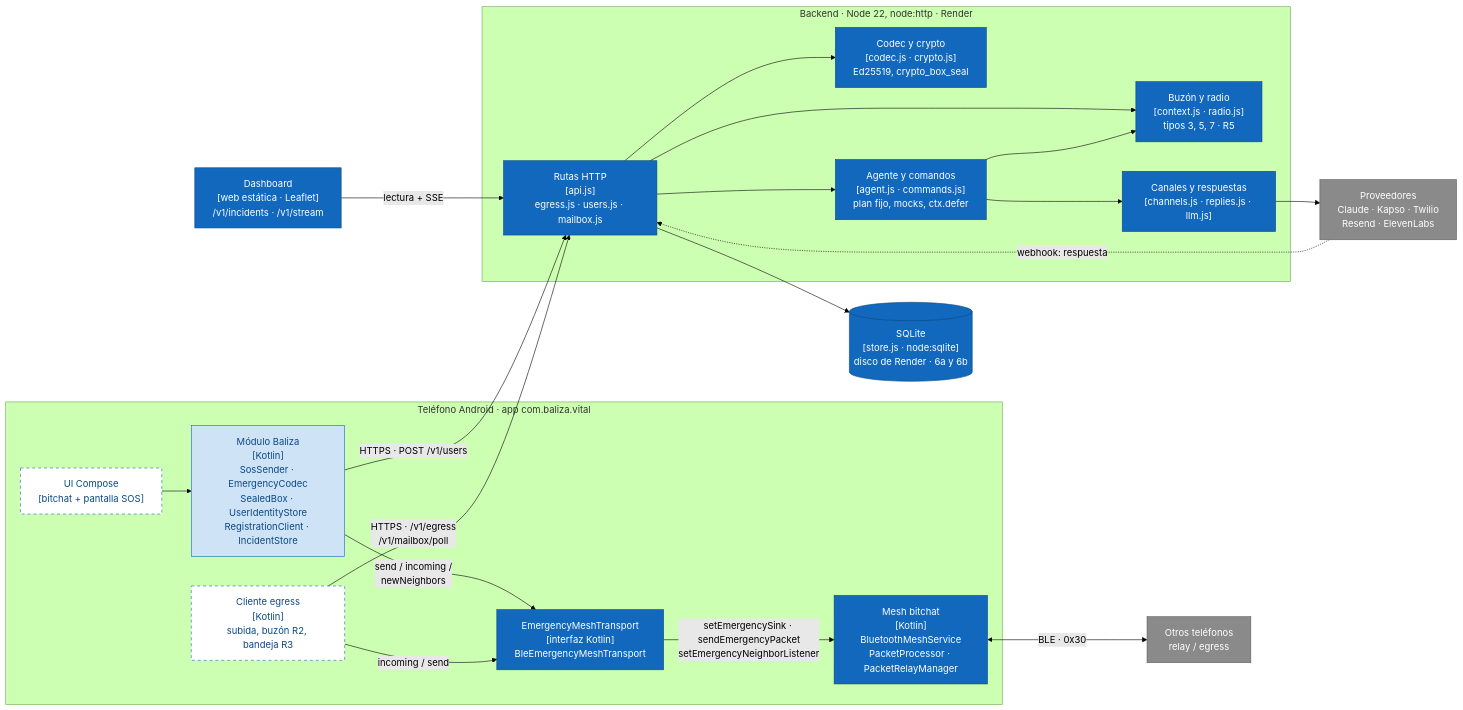
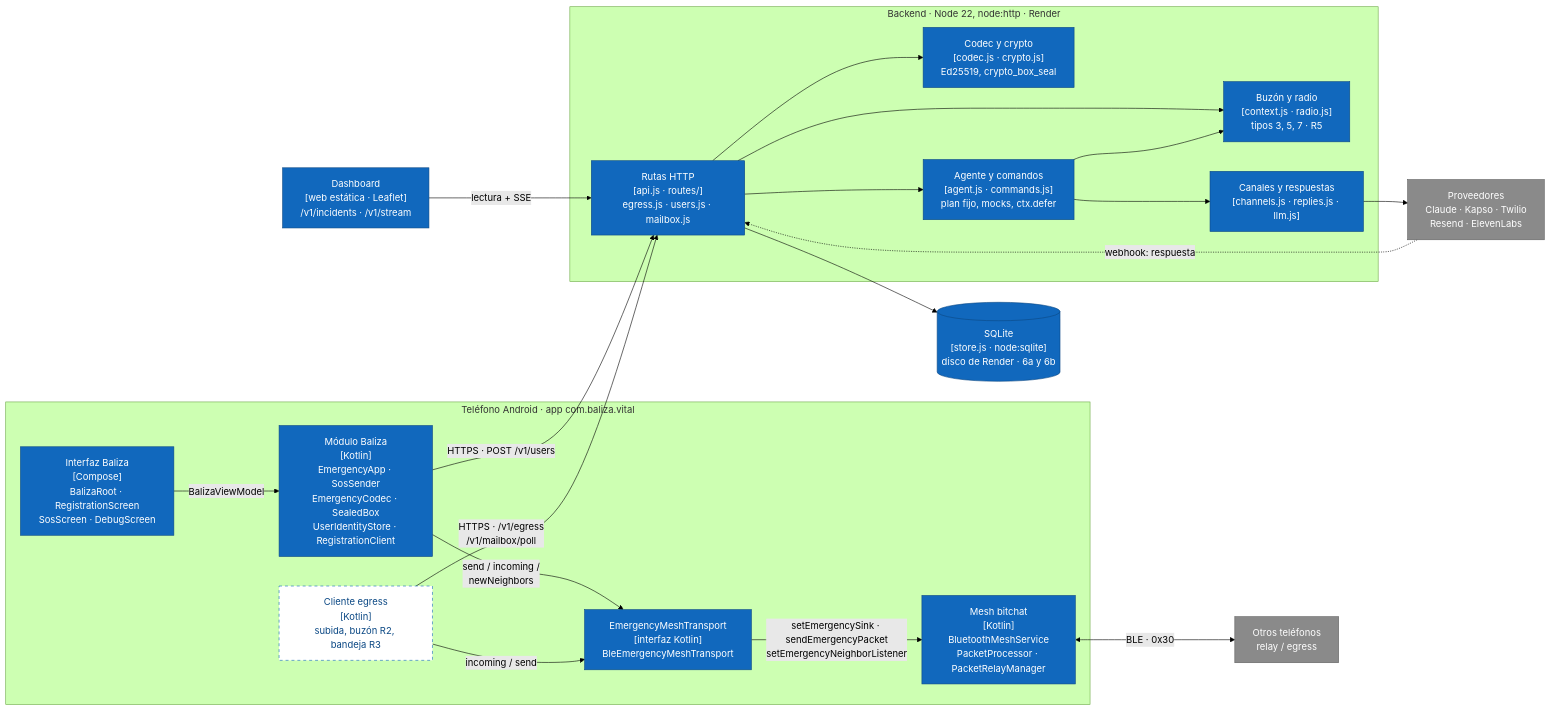
Before and after one commit to platanus-hack/platanus-hack-26-ve-team-15: the diagram in docs/diagramas/02-c4-contenedores.md, drawn with Mermaid (forest theme). The commit also changed other lines of this file and 17 other files, not shown here.

First line of the commit message:
Sync architecture diagrams with main (6f254e6)

````diff
--- a/docs/diagramas/02-c4-contenedores.md
+++ b/docs/diagramas/02-c4-contenedores.md
@@ -12,46 +11,45 @@
 ```mermaid
 flowchart LR
   classDef exists fill:#1168bd,stroke:#0b4884,color:#fff
-  classDef partial fill:#cfe3f7,stroke:#1168bd,color:#0b4884
   classDef proposed fill:#fff,stroke:#1168bd,color:#0b4884,stroke-dasharray:5 5
   classDef ext fill:#8a8a8a,stroke:#5e5e5e,color:#fff
 
   otros["Otros teléfonos<br/>relay / egress"]:::ext
 
   subgraph phone["Teléfono Android · app com.baliza.vital"]
-    ui["UI Compose<br/>[bitchat + pantalla SOS]"]:::proposed
-    sos["Módulo Baliza<br/>[Kotlin]<br/>SosSender · EmergencyCodec<br/>SealedBox · UserIdentityStore<br/>RegistrationClient · IncidentStore"]:::partial
+    ui["Interfaz Baliza<br/>[Compose]<br/>BalizaRoot · RegistrationScreen<br/>SosScreen · DebugScreen"]:::exists
+    sos["Módulo Baliza<br/>[Kotlin]<br/>EmergencyApp · SosSender<br/>EmergencyCodec · SealedBox<br/>UserIdentityStore · RegistrationClient"]:::exists
     egr["Cliente egress<br/>[Kotlin]<br/>subida, buzón R2, bandeja R3"]:::proposed
     emt["EmergencyMeshTransport<br/>[interfaz Kotlin]<br/>BleEmergencyMeshTransport"]:::exists
     mesh["Mesh bitchat<br/>[Kotlin]<br/>BluetoothMeshService<br/>PacketProcessor · PacketRelayManager"]:::exists
   end
 
   subgraph cloud["Backend · Node 22, node:http · Render"]
-    api["Rutas HTTP<br/>[api.js]<br/>egress.js · users.js · mailbox.js"]:::exists
+    api["Rutas HTTP<br/>[api.js · routes/]<br/>egress.js · users.js · mailbox.js"]:::exists
     crypto["Codec y crypto<br/>[codec.js · crypto.js]<br/>Ed25519, crypto_box_seal"]:::exists
     ag["Agente y comandos<br/>[agent.js · commands.js]<br/>plan fijo, mocks, ctx.defer"]:::exists
     mb["Buzón y radio<br/>[context.js · radio.js]<br/>tipos 3, 5, 7 · R5"]:::exists
     canal["Canales y respuestas<br/>[channels.js · replies.js · llm.js]"]:::exists
   end
 
   db[("SQLite<br/>[store.js · node:sqlite]<br/>disco de Render · 6a y 6b")]:::exists
   dash["Dashboard<br/>[web estática · Leaflet]<br/>/v1/incidents · /v1/stream"]:::exists
   prov["Proveedores<br/>Claude · Kapso · Twilio<br/>Resend · ElevenLabs"]:::ext
 
-  ui --> sos
+  ui -->|"BalizaViewModel"| sos
   sos -->|"send / incoming /<br/>newNeighbors"| emt
   sos -->|"HTTPS · POST /v1/users"| api
   egr -->|"incoming / send"| emt
   emt -->|"setEmergencySink · sendEmergencyPacket<br/>setEmergencyNeighborListener"| mesh
   mesh <-->|"BLE · 0x30"| otros
   egr -->|"HTTPS · /v1/egress<br/>/v1/mailbox/poll"| api
   api --> crypto
   api --> ag
   api --> mb
   ag --> mb
   ag --> canal
   canal --> prov
   prov -.->|"webhook: respuesta"| api
   api --> db
   dash -->|"lectura + SSE"| api
 ```
````
